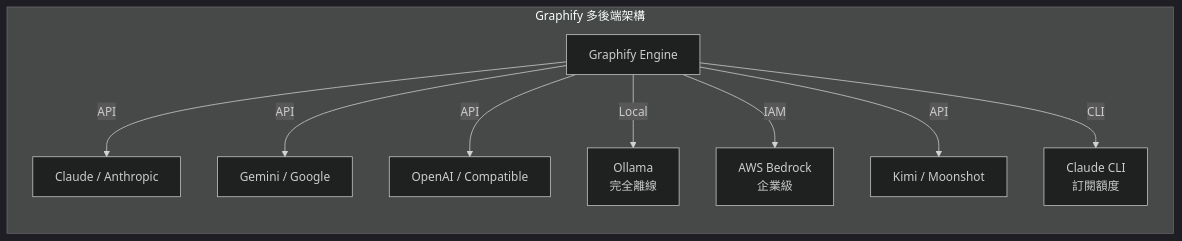
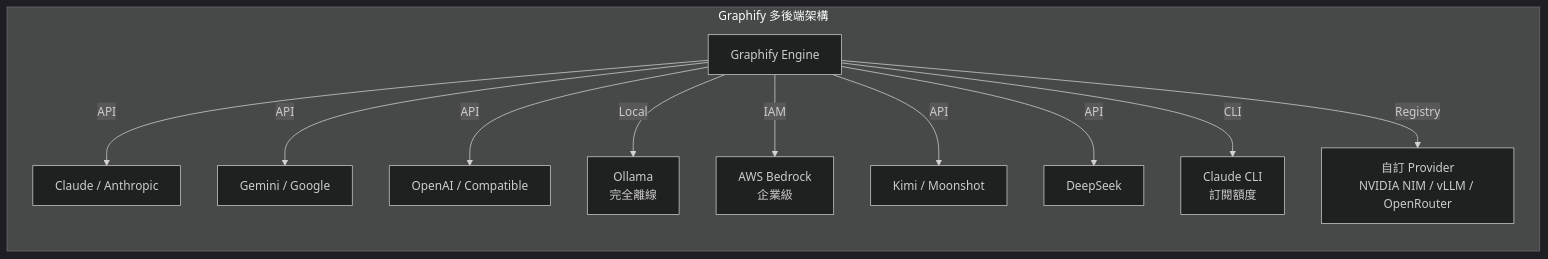
One commit to chihhung/Blog changed the second of 14 diagrams in content/posts/教學/AI開發/Graphify教學手冊.md. Above: the diagram before and after it, drawn with Mermaid (dark theme). The commit also changed other lines of this file and 12 other files, not shown here.

````diff
--- a/content/posts/教學/AI開發/Graphify教學手冊.md
+++ b/content/posts/教學/AI開發/Graphify教學手冊.md
@@ -220,13 +235,15 @@
 ```mermaid
 graph LR
     subgraph "Graphify 多後端架構"
         GF[Graphify Engine]
         GF -->|API| CL[Claude / Anthropic]
         GF -->|API| GM[Gemini / Google]
         GF -->|API| OA[OpenAI / Compatible]
         GF -->|Local| OL[Ollama<br>完全離線]
         GF -->|IAM| BD[AWS Bedrock<br>企業級]
         GF -->|API| KM[Kimi / Moonshot]
+        GF -->|API| DS[DeepSeek]
         GF -->|CLI| CC[Claude CLI<br>訂閱額度]
+        GF -->|Registry| CP[自訂 Provider<br>NVIDIA NIM / vLLM / OpenRouter]
     end
 ```
````
